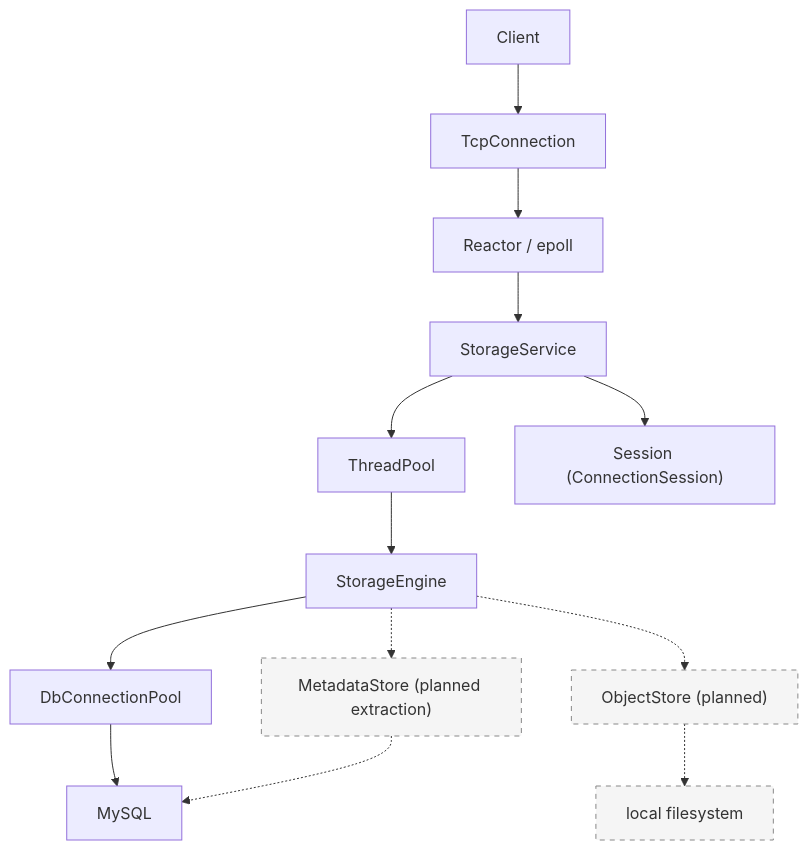
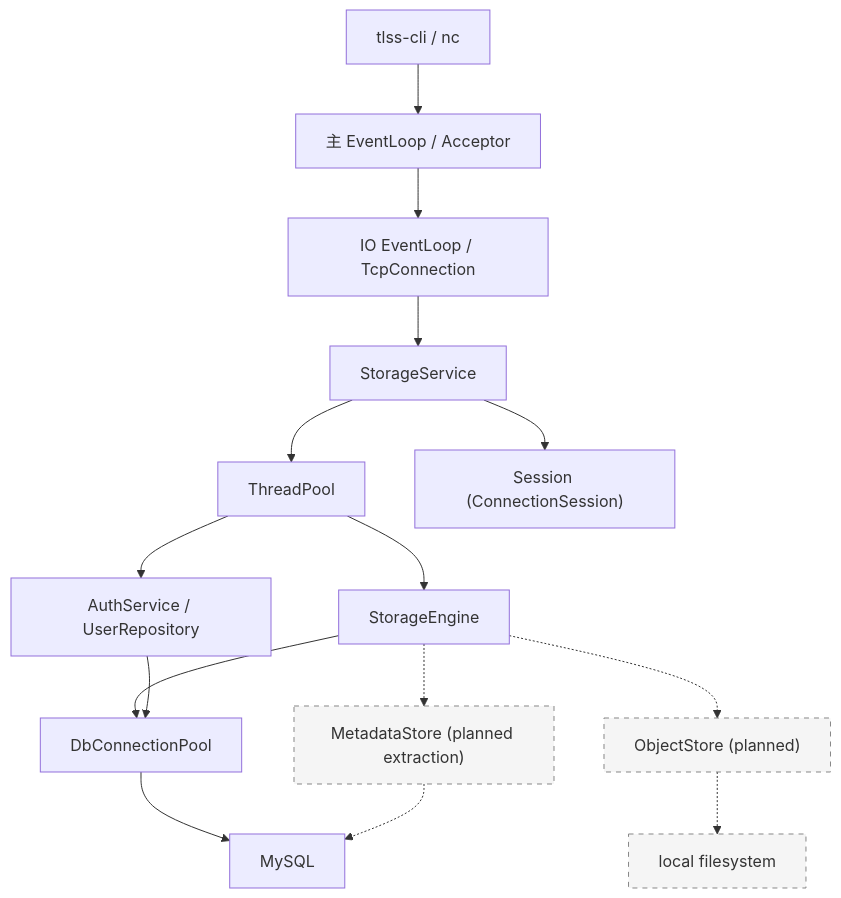
The diagram in README.md (ClarkY0505/cpp_TLFSS), drawn with Mermaid before and after one commit. The commit also changed other lines of this file, not shown here.

````diff
--- a/README.md
+++ b/README.md
@@ -44,18 +79,20 @@
 ```mermaid
 flowchart TD
-    Client[Client] --> Connection[TcpConnection]
-    Connection --> Reactor[Reactor / epoll]
-    Reactor --> Service[StorageService]
+    Client[tlss-cli / nc] --> Acceptor[主 EventLoop / Acceptor]
+    Acceptor --> Connection[IO EventLoop / TcpConnection]
+    Connection --> Service[StorageService]
     Service --> Workers[ThreadPool]
     Service --> Session["Session (ConnectionSession)"]
     Workers --> Engine[StorageEngine]
+    Workers --> Auth[AuthService / UserRepository]
     Engine --> Pool[DbConnectionPool]
+    Auth --> Pool
     Pool --> MySQL[MySQL]
     Engine -.-> Metadata["MetadataStore (planned extraction)"]
     Engine -.-> Objects["ObjectStore (planned)"]
     Metadata -.-> MySQL
     Objects -.-> Filesystem[local filesystem]
 
     classDef planned fill:#f5f5f5,stroke:#888,stroke-dasharray:5 5
     class Metadata,Objects,Filesystem planned
 ```
````
